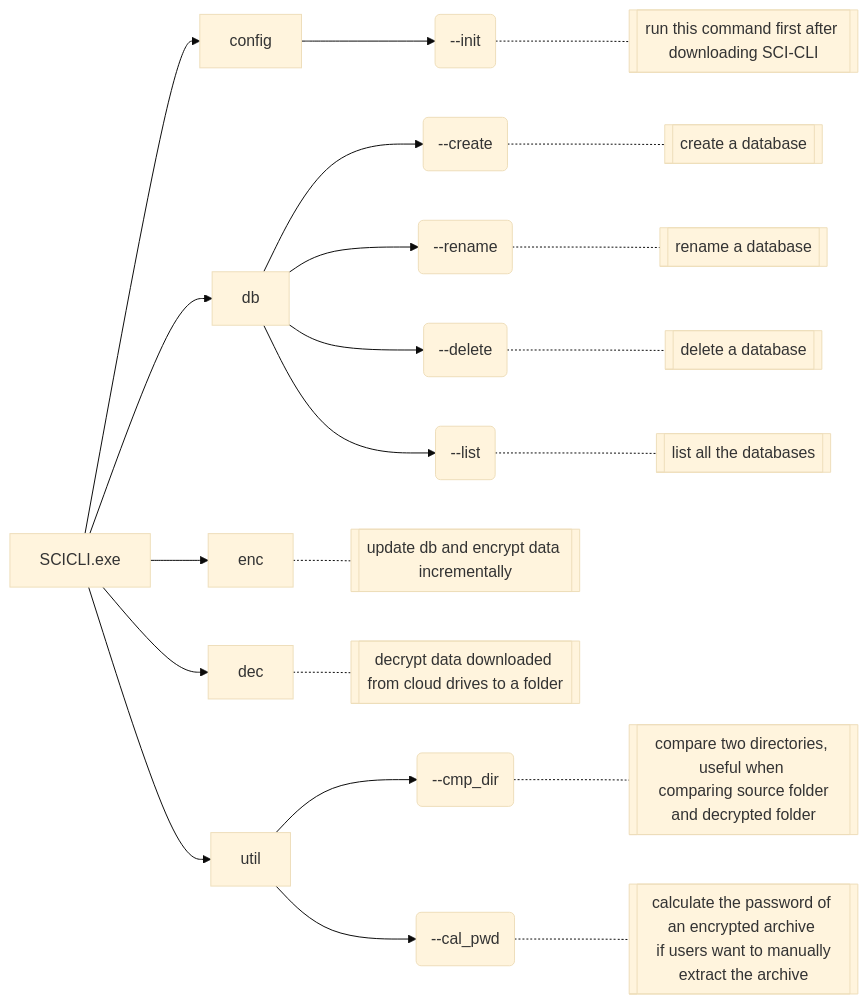
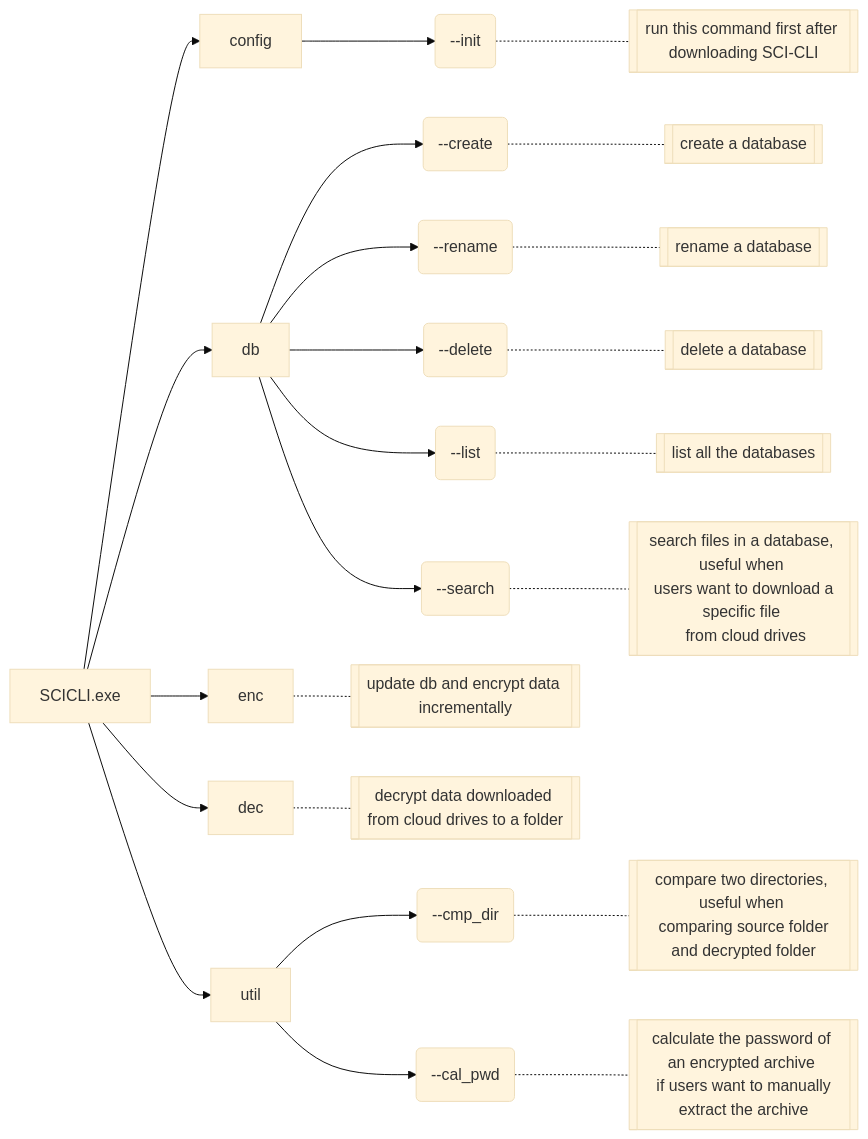
Before and after one commit to gustaavv/SecureCloudInspector: the second of 2 diagrams in README.md, drawn with Mermaid (base theme). The commit also changed 3 other files, not shown here.

````diff
--- a/README.md
+++ b/README.md
@@ -108,27 +108,28 @@
 ```mermaid
 flowchart LR
 %% name convention for id:
 %% 'v' means verb
 %% 'o' means options
 %% 'e' means explanation
 %% o21 means the 1st option of the 2nd verb
 %% e21 means the explanation of o21
     exe[SCICLI.exe]
 %% config
     exe --> v1[config]
     v1 --> o11("--init") -.- e11[[run this command first after downloading SCI-CLI]]
 %% database 
     exe --> v2[db]
     v2 --> o21("--create") -.- e21[[create a database]]
     v2 --> o22("--rename") -.- e22[[rename a database]]
     v2 --> o23("--delete") -.- e23[[delete a database]]
     v2 --> o24("--list") -.- e24[[list all the databases]]
+    v2 --> o25("--search") -.- e25[[search files in a database, useful when <br/> users want to download a specific file <br/> from cloud drives]]
 %% encrypt
     exe --> v3[enc] -.- e3[[update db and encrypt data incrementally]]
 %% decrypt
     exe --> v4[dec] -.- e4[[decrypt data downloaded from cloud drives to a folder]]
 %% util
     exe --> v5[util]
     v5 --> o51("--cmp_dir") -.- e51[[compare two directories, useful when <br/> comparing source folder and decrypted folder]]
     v5 --> o52("--cal_pwd") -.- e52[[calculate the password of an encrypted archive <br/> if users want to manually extract the archive]]
 ```
````
